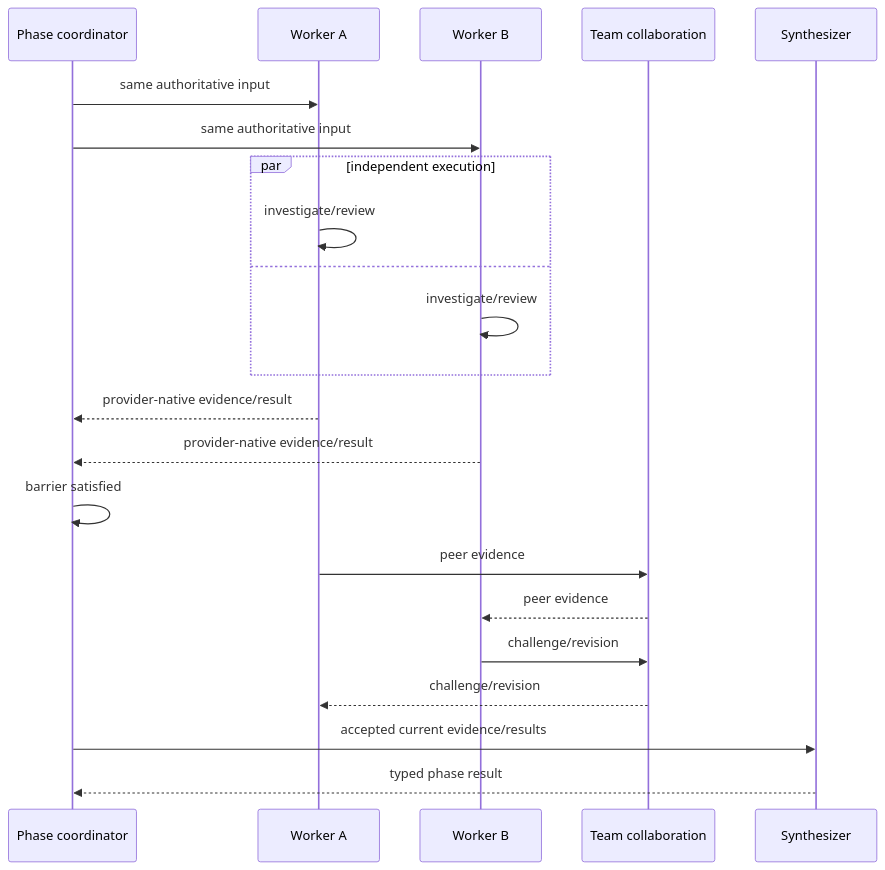
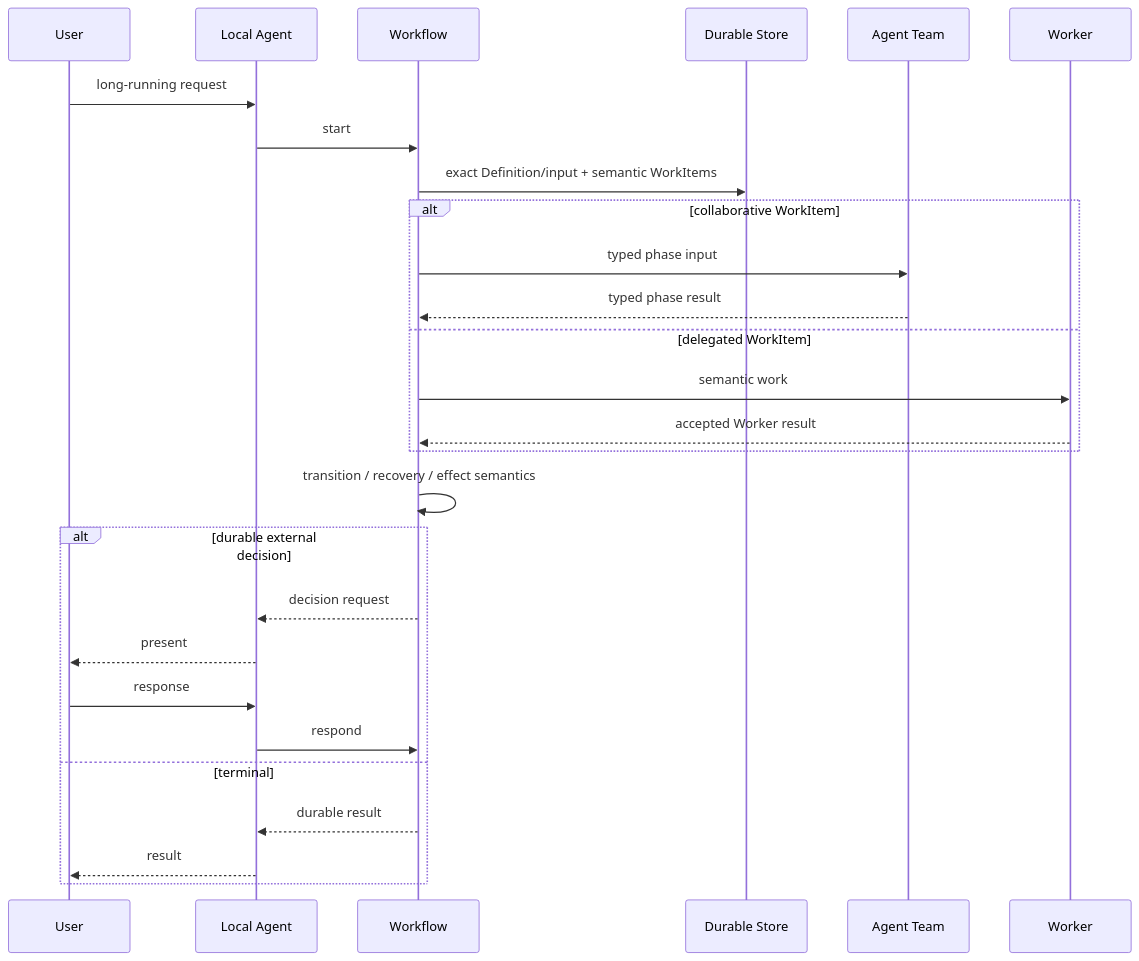
One commit to tsuuanmi/AgentOS changed the fourth of 4 diagrams in docs/architecture/interaction-model.md. Above: the diagram before and after it, drawn with Mermaid. The commit also changed other lines of this file, not shown here.

Commit message:
docs: route all delegated execution through Worker plugin

```diff
--- a/docs/architecture/interaction-model.md
+++ b/docs/architecture/interaction-model.md
@@ -95,30 +70,33 @@
 ~~~mermaid
 sequenceDiagram
-    participant P as Phase coordinator
-    participant A as Worker A
-    participant B as Worker B
-    participant T as Team collaboration
-    participant S as Synthesizer
+    participant U as User
+    participant L as Local Agent
+    participant F as Workflow
+    participant S as Durable Store
+    participant T as Agent Team
+    participant W as Worker
 
-    P->>A: same authoritative input
-    P->>B: same authoritative input
+    U->>L: long-running request
+    L->>F: start
+    F->>S: exact Definition/input + semantic WorkItems
 
-    par independent execution
-        A->>A: investigate/review
-    and
-        B->>B: investigate/review
+    alt collaborative WorkItem
+        F->>T: typed phase input
+        T-->>F: typed phase result
+    else delegated WorkItem
+        F->>W: semantic work
+        W-->>F: accepted Worker result
     end
 
-    A-->>P: provider-native evidence/result
-    B-->>P: provider-native evidence/result
+    F->>F: transition / recovery / effect semantics
 
-    P->>P: barrier satisfied
-
-    A->>T: peer evidence
-    T-->>B: peer evidence
-    B->>T: challenge/revision
-    T-->>A: challenge/revision
-
-    P->>S: accepted current evidence/results
-    S-->>P: typed phase result
+    alt durable external decision
+        F-->>L: decision request
+        L-->>U: present
+        U->>L: response
+        L->>F: respond
+    else terminal
+        F-->>L: durable result
+        L-->>U: result
+    end
 ~~~
```
